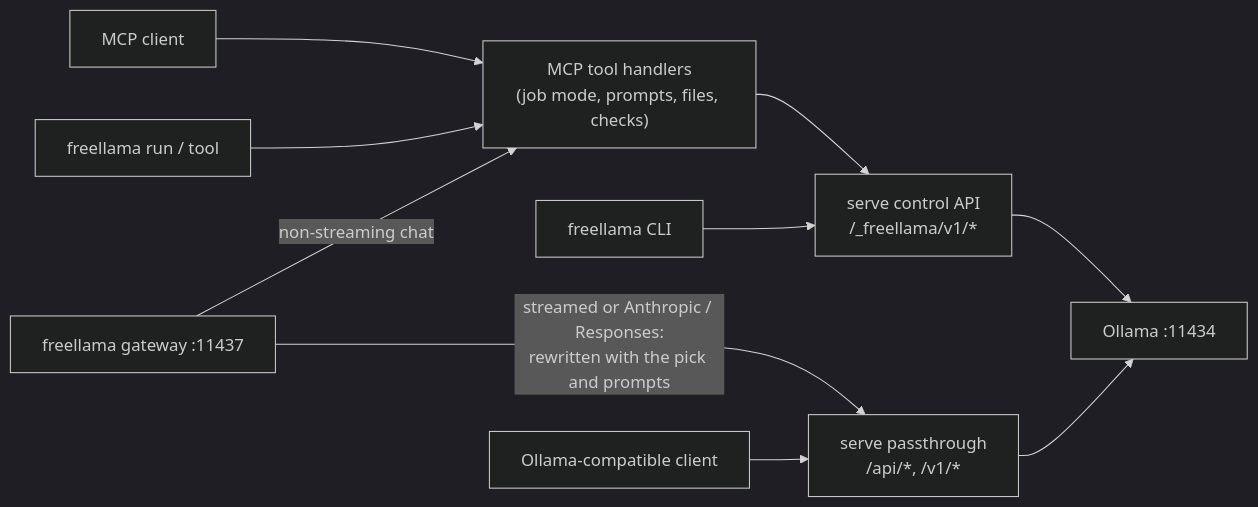
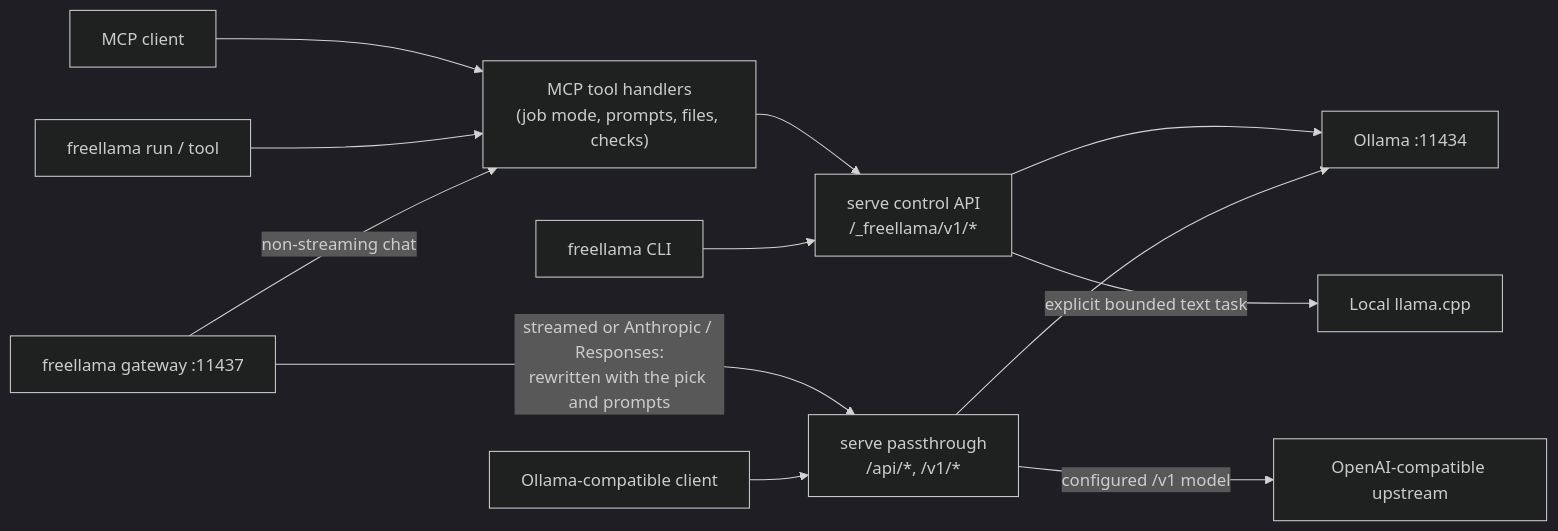
One commit to bgauryy/FreeLlama changed the diagram in docs/API.md. Above: the diagram before and after it, drawn with Mermaid (dark theme). The commit also changed other lines of this file and 166 other files, not shown here.

````diff
--- a/docs/API.md
+++ b/docs/API.md
@@ -18,12 +20,14 @@
 ```mermaid
 flowchart LR
     MCP["MCP client"] --> H["MCP tool handlers<br/>(job mode, prompts, files, checks)"]
     SH["freellama run / tool"] --> H
     GW["freellama gateway :11437"] -->|"non-streaming chat"| H
     GW -->|"streamed or Anthropic / Responses:<br/>rewritten with the pick and prompts"| PX
     H --> API["serve control API<br/>/_freellama/v1/*"]
     CLI["freellama CLI"] --> API
     API --> O["Ollama :11434"]
+    API -->|"explicit bounded text task"| LC["Local llama.cpp"]
     RAW["Ollama-compatible client"] --> PX["serve passthrough<br/>/api/*, /v1/*"]
     PX --> O
+    PX -->|"configured /v1 model"| EXT["OpenAI-compatible upstream"]
 ```
````
